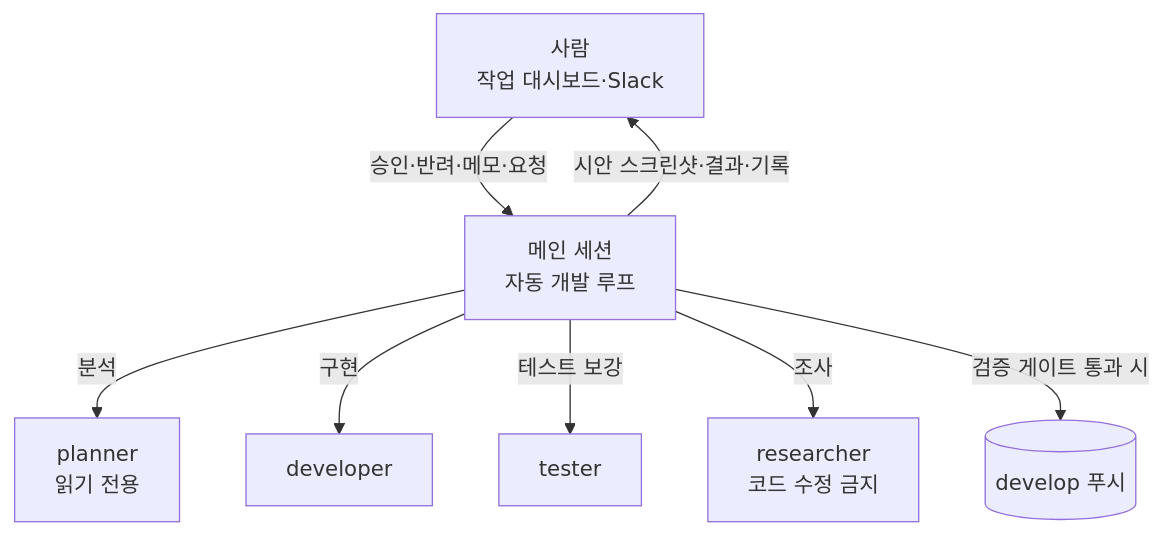
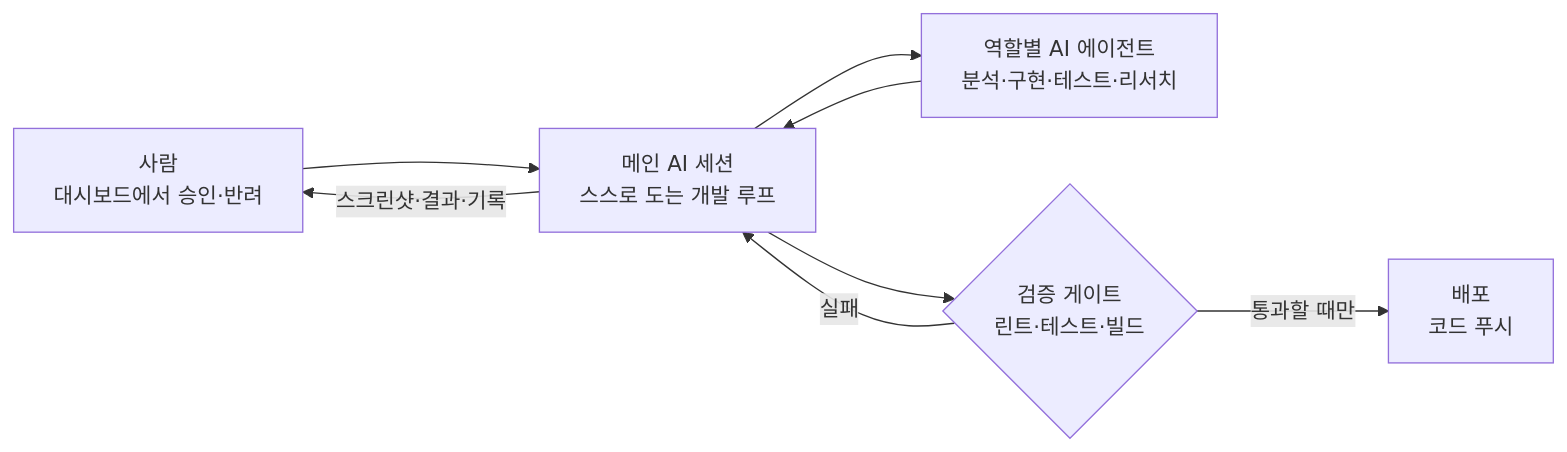
One commit to beomboo/sajurang-showcase changed the diagram in README.md. Above: the diagram before and after it, drawn with Mermaid. The commit also changed other lines of this file, not shown here.

````diff
--- a/README.md
+++ b/README.md
@@ -80,10 +41,10 @@
 ```mermaid
-flowchart TB
-  H[사람<br/>작업 대시보드·Slack] -->|승인·반려·메모·요청| M
-  M[메인 세션<br/>자동 개발 루프] -->|분석| P[planner<br/>읽기 전용]
-  M -->|구현| Dv[developer]
-  M -->|테스트 보강| T[tester]
-  M -->|조사| R[researcher<br/>코드 수정 금지]
-  M -->|검증 게이트 통과 시| G[(develop 푸시)]
-  M -->|시안 스크린샷·결과·기록| H
+flowchart LR
+  H[사람<br/>대시보드에서 승인·반려] --> M[메인 AI 세션<br/>스스로 도는 개발 루프]
+  M --> A[역할별 AI 에이전트<br/>분석·구현·테스트·리서치]
+  A --> M
+  M --> G{검증 게이트<br/>린트·테스트·빌드}
+  G -->|통과할 때만| D[배포<br/>코드 푸시]
+  G -->|실패| M
+  M -->|스크린샷·결과·기록| H
 ```
````
